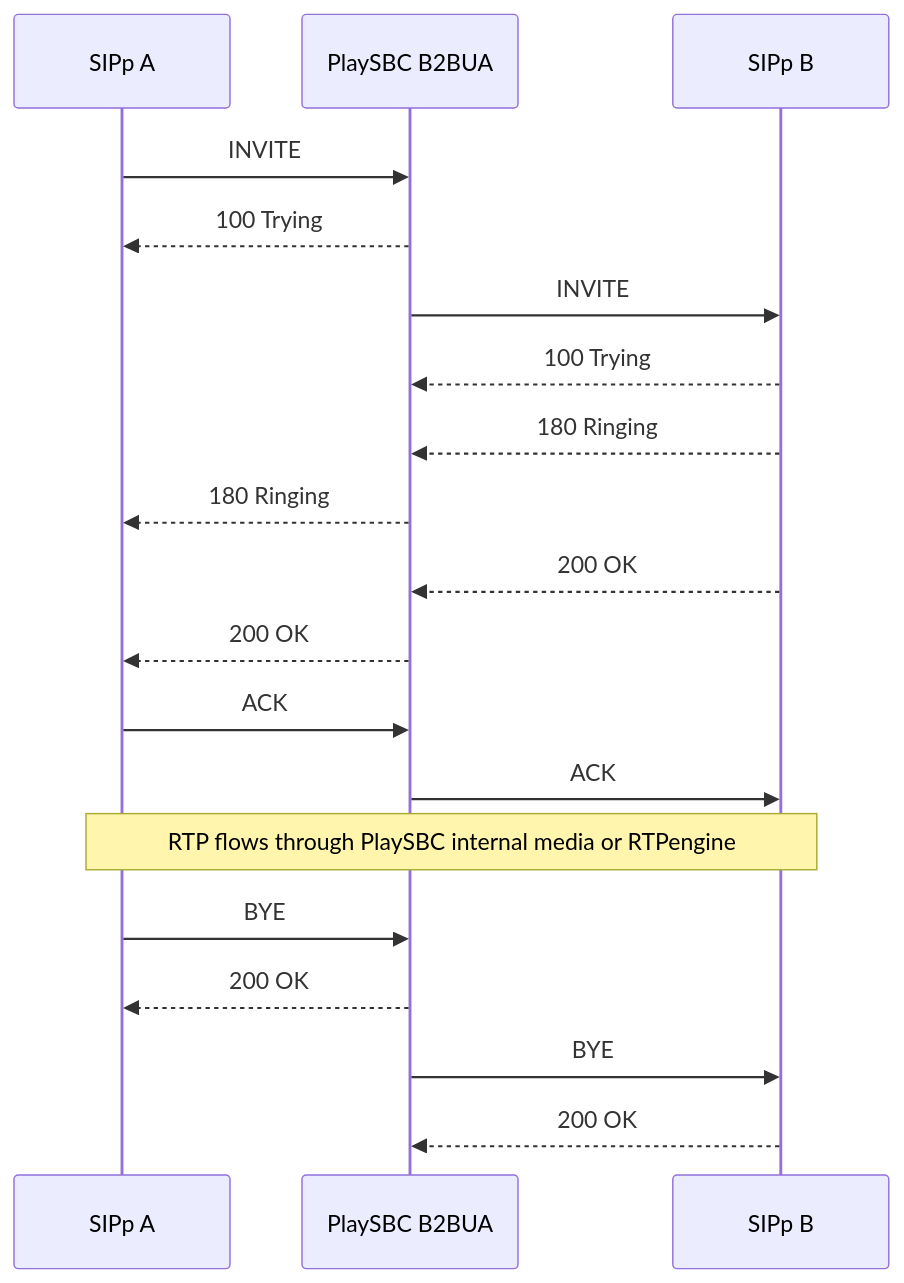
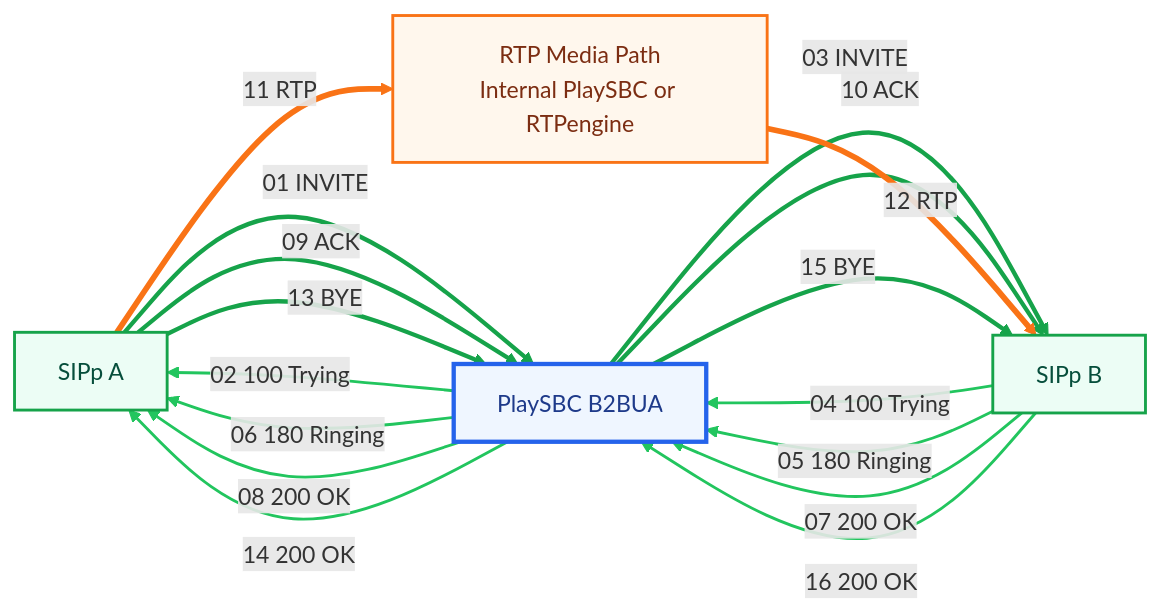
The fifth of 6 diagrams in docs/ARCHITECTURE_NETWORK.md (sudheerkumarvatrapu/PlaySBC), drawn with Mermaid before and after one commit. The commit also changed other lines of this file and 2 other files, not shown here.

Commit message:
Polish architecture diagrams and add PDF

````diff
--- a/docs/ARCHITECTURE_NETWORK.md
+++ b/docs/ARCHITECTURE_NETWORK.md
@@ -139,22 +297,36 @@
 ```mermaid
-sequenceDiagram
-    participant A as SIPp A
-    participant SBC as PlaySBC B2BUA
-    participant B as SIPp B
+flowchart LR
+    A["SIPp A"]
+    SBC["PlaySBC B2BUA"]
+    B["SIPp B"]
+    Media["RTP Media Path<br/>Internal PlaySBC or RTPengine"]
 
-    A->>SBC: INVITE
-    SBC-->>A: 100 Trying
-    SBC->>B: INVITE
-    B-->>SBC: 100 Trying
-    B-->>SBC: 180 Ringing
-    SBC-->>A: 180 Ringing
-    B-->>SBC: 200 OK
-    SBC-->>A: 200 OK
-    A->>SBC: ACK
-    SBC->>B: ACK
-    Note over A,B: RTP flows through PlaySBC internal media or RTPengine
-    A->>SBC: BYE
-    SBC-->>A: 200 OK
-    SBC->>B: BYE
-    B-->>SBC: 200 OK
+    A -->|"01 INVITE"| SBC
+    SBC -->|"02 100 Trying"| A
+    SBC -->|"03 INVITE"| B
+    B -->|"04 100 Trying"| SBC
+    B -->|"05 180 Ringing"| SBC
+    SBC -->|"06 180 Ringing"| A
+    B -->|"07 200 OK"| SBC
+    SBC -->|"08 200 OK"| A
+    A -->|"09 ACK"| SBC
+    SBC -->|"10 ACK"| B
+    A ==>|"11 RTP"| Media
+    Media ==>|"12 RTP"| B
+    A -->|"13 BYE"| SBC
+    SBC -->|"14 200 OK"| A
+    SBC -->|"15 BYE"| B
+    B -->|"16 200 OK"| SBC
+
+    classDef endpoint fill:#ecfdf5,stroke:#16a34a,color:#064e3b,stroke-width:2px
+    classDef sbc fill:#eff6ff,stroke:#2563eb,color:#1e3a8a,stroke-width:3px
+    classDef media fill:#fff7ed,stroke:#f97316,color:#7c2d12,stroke-width:2px
+
+    class A,B endpoint
+    class SBC sbc
+    class Media media
+
+    linkStyle 0,2,8,9,12,14 stroke:#16a34a,stroke-width:3px
+    linkStyle 1,3,4,5,6,7,13,15 stroke:#22c55e,stroke-width:2px
+    linkStyle 10,11 stroke:#f97316,stroke-width:4px
 ```
````
